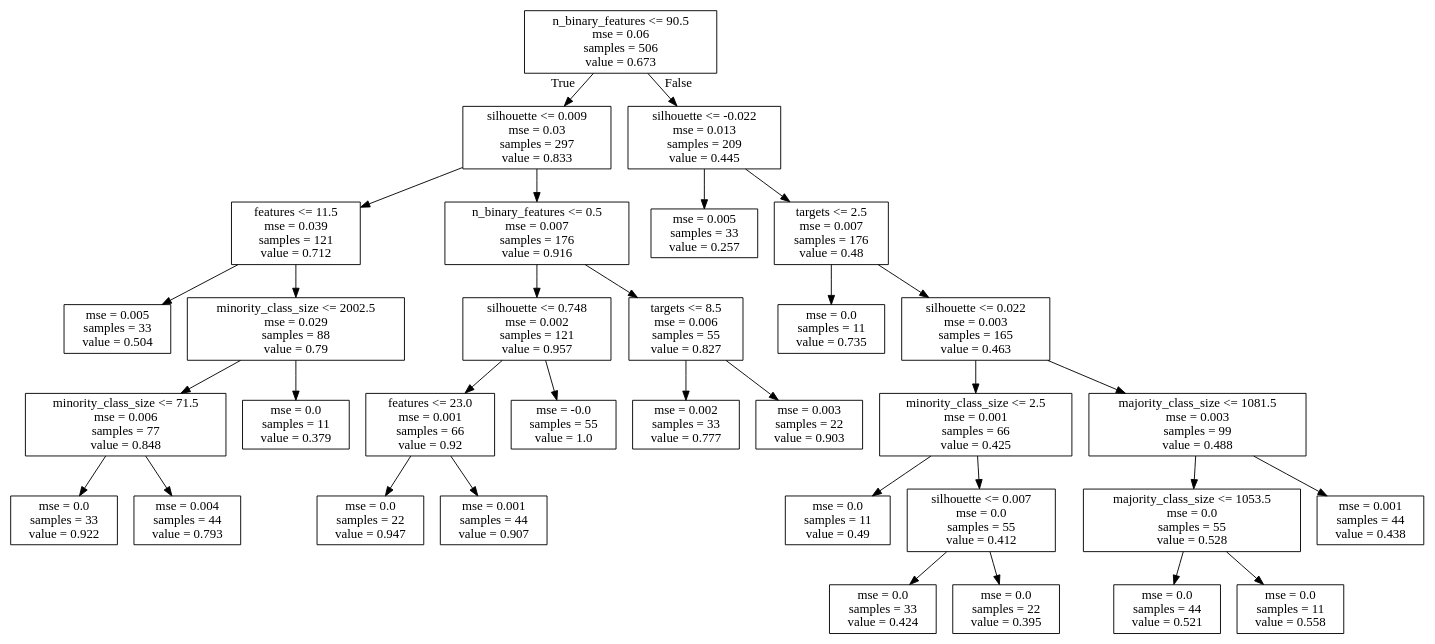
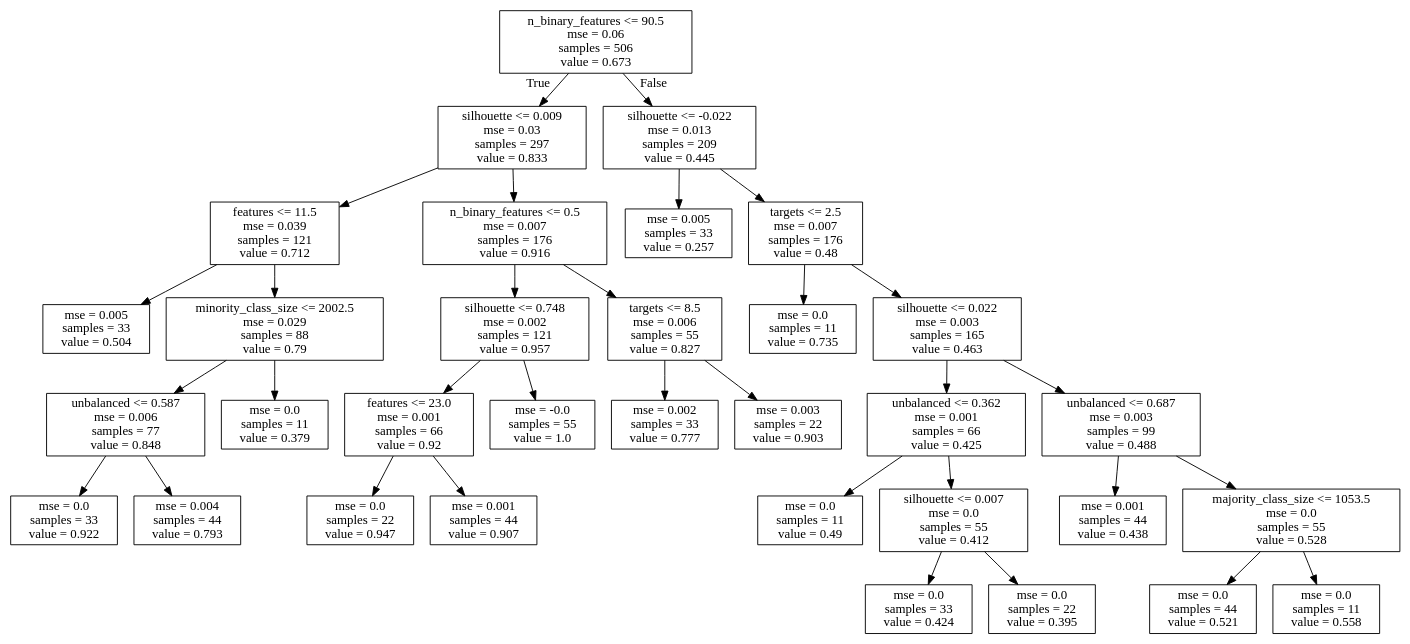
The diagram in analysis/learning/regression/results/trees/cmb_mlp_f1_scores.dot (rsboos/DistributedClassifier), drawn with Graphviz before and after one commit. The commit also changed 68 other files, not shown here.

```diff
--- a/analysis/learning/regression/results/trees/cmb_mlp_f1_scores.dot
+++ b/analysis/learning/regression/results/trees/cmb_mlp_f1_scores.dot
@@ -1,68 +1,68 @@
 digraph Tree {
 node [shape=box] ;
 0 [label="n_binary_features <= 90.5\nmse = 0.06\nsamples = 506\nvalue = 0.673"] ;
 1 [label="silhouette <= 0.009\nmse = 0.03\nsamples = 297\nvalue = 0.833"] ;
 0 -> 1 [labeldistance=2.5, labelangle=45, headlabel="True"] ;
 2 [label="features <= 11.5\nmse = 0.039\nsamples = 121\nvalue = 0.712"] ;
 1 -> 2 ;
 3 [label="mse = 0.005\nsamples = 33\nvalue = 0.504"] ;
 2 -> 3 ;
 4 [label="minority_class_size <= 2002.5\nmse = 0.029\nsamples = 88\nvalue = 0.79"] ;
 2 -> 4 ;
-5 [label="minority_class_size <= 71.5\nmse = 0.006\nsamples = 77\nvalue = 0.848"] ;
+5 [label="unbalanced <= 0.587\nmse = 0.006\nsamples = 77\nvalue = 0.848"] ;
 4 -> 5 ;
 6 [label="mse = 0.0\nsamples = 33\nvalue = 0.922"] ;
 5 -> 6 ;
 7 [label="mse = 0.004\nsamples = 44\nvalue = 0.793"] ;
 5 -> 7 ;
 8 [label="mse = 0.0\nsamples = 11\nvalue = 0.379"] ;
 4 -> 8 ;
 9 [label="n_binary_features <= 0.5\nmse = 0.007\nsamples = 176\nvalue = 0.916"] ;
 1 -> 9 ;
 10 [label="silhouette <= 0.748\nmse = 0.002\nsamples = 121\nvalue = 0.957"] ;
 9 -> 10 ;
 11 [label="features <= 23.0\nmse = 0.001\nsamples = 66\nvalue = 0.92"] ;
 10 -> 11 ;
 12 [label="mse = 0.0\nsamples = 22\nvalue = 0.947"] ;
 11 -> 12 ;
 13 [label="mse = 0.001\nsamples = 44\nvalue = 0.907"] ;
 11 -> 13 ;
 14 [label="mse = -0.0\nsamples = 55\nvalue = 1.0"] ;
 10 -> 14 ;
 15 [label="targets <= 8.5\nmse = 0.006\nsamples = 55\nvalue = 0.827"] ;
 9 -> 15 ;
 16 [label="mse = 0.002\nsamples = 33\nvalue = 0.777"] ;
 15 -> 16 ;
 17 [label="mse = 0.003\nsamples = 22\nvalue = 0.903"] ;
 15 -> 17 ;
 18 [label="silhouette <= -0.022\nmse = 0.013\nsamples = 209\nvalue = 0.445"] ;
 0 -> 18 [labeldistance=2.5, labelangle=-45, headlabel="False"] ;
 19 [label="mse = 0.005\nsamples = 33\nvalue = 0.257"] ;
 18 -> 19 ;
 20 [label="targets <= 2.5\nmse = 0.007\nsamples = 176\nvalue = 0.48"] ;
 18 -> 20 ;
 21 [label="mse = 0.0\nsamples = 11\nvalue = 0.735"] ;
 20 -> 21 ;
 22 [label="silhouette <= 0.022\nmse = 0.003\nsamples = 165\nvalue = 0.463"] ;
 20 -> 22 ;
-23 [label="minority_class_size <= 2.5\nmse = 0.001\nsamples = 66\nvalue = 0.425"] ;
+23 [label="unbalanced <= 0.362\nmse = 0.001\nsamples = 66\nvalue = 0.425"] ;
 22 -> 23 ;
 24 [label="mse = 0.0\nsamples = 11\nvalue = 0.49"] ;
 23 -> 24 ;
 25 [label="silhouette <= 0.007\nmse = 0.0\nsamples = 55\nvalue = 0.412"] ;
 23 -> 25 ;
 26 [label="mse = 0.0\nsamples = 33\nvalue = 0.424"] ;
 25 -> 26 ;
 27 [label="mse = 0.0\nsamples = 22\nvalue = 0.395"] ;
 25 -> 27 ;
-28 [label="majority_class_size <= 1081.5\nmse = 0.003\nsamples = 99\nvalue = 0.488"] ;
+28 [label="unbalanced <= 0.687\nmse = 0.003\nsamples = 99\nvalue = 0.488"] ;
 22 -> 28 ;
-29 [label="majority_class_size <= 1053.5\nmse = 0.0\nsamples = 55\nvalue = 0.528"] ;
+29 [label="mse = 0.001\nsamples = 44\nvalue = 0.438"] ;
 28 -> 29 ;
-30 [label="mse = 0.0\nsamples = 44\nvalue = 0.521"] ;
-29 -> 30 ;
-31 [label="mse = 0.0\nsamples = 11\nvalue = 0.558"] ;
-29 -> 31 ;
-32 [label="mse = 0.001\nsamples = 44\nvalue = 0.438"] ;
-28 -> 32 ;
+30 [label="majority_class_size <= 1053.5\nmse = 0.0\nsamples = 55\nvalue = 0.528"] ;
+28 -> 30 ;
+31 [label="mse = 0.0\nsamples = 44\nvalue = 0.521"] ;
+30 -> 31 ;
+32 [label="mse = 0.0\nsamples = 11\nvalue = 0.558"] ;
+30 -> 32 ;
 }
```
